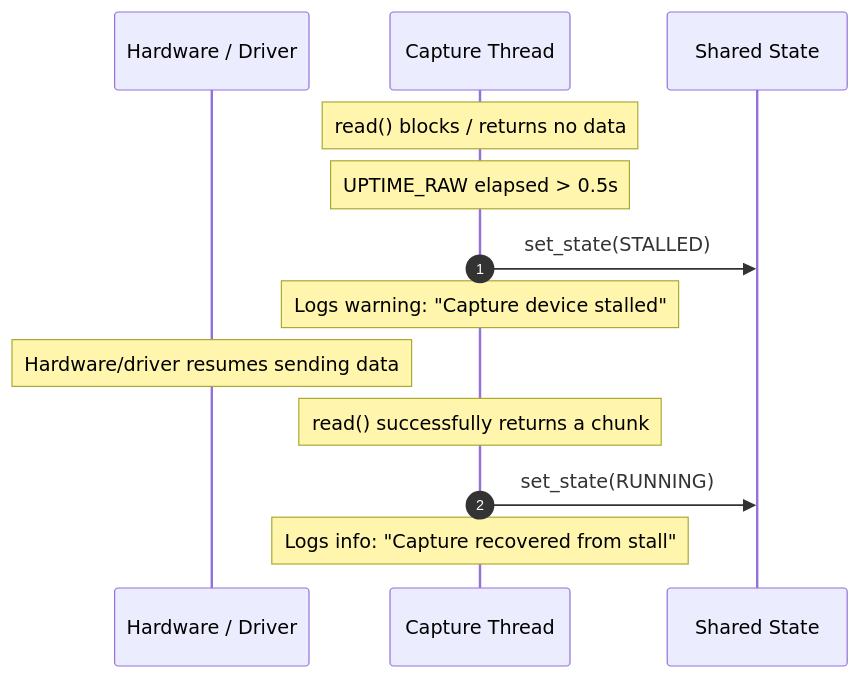
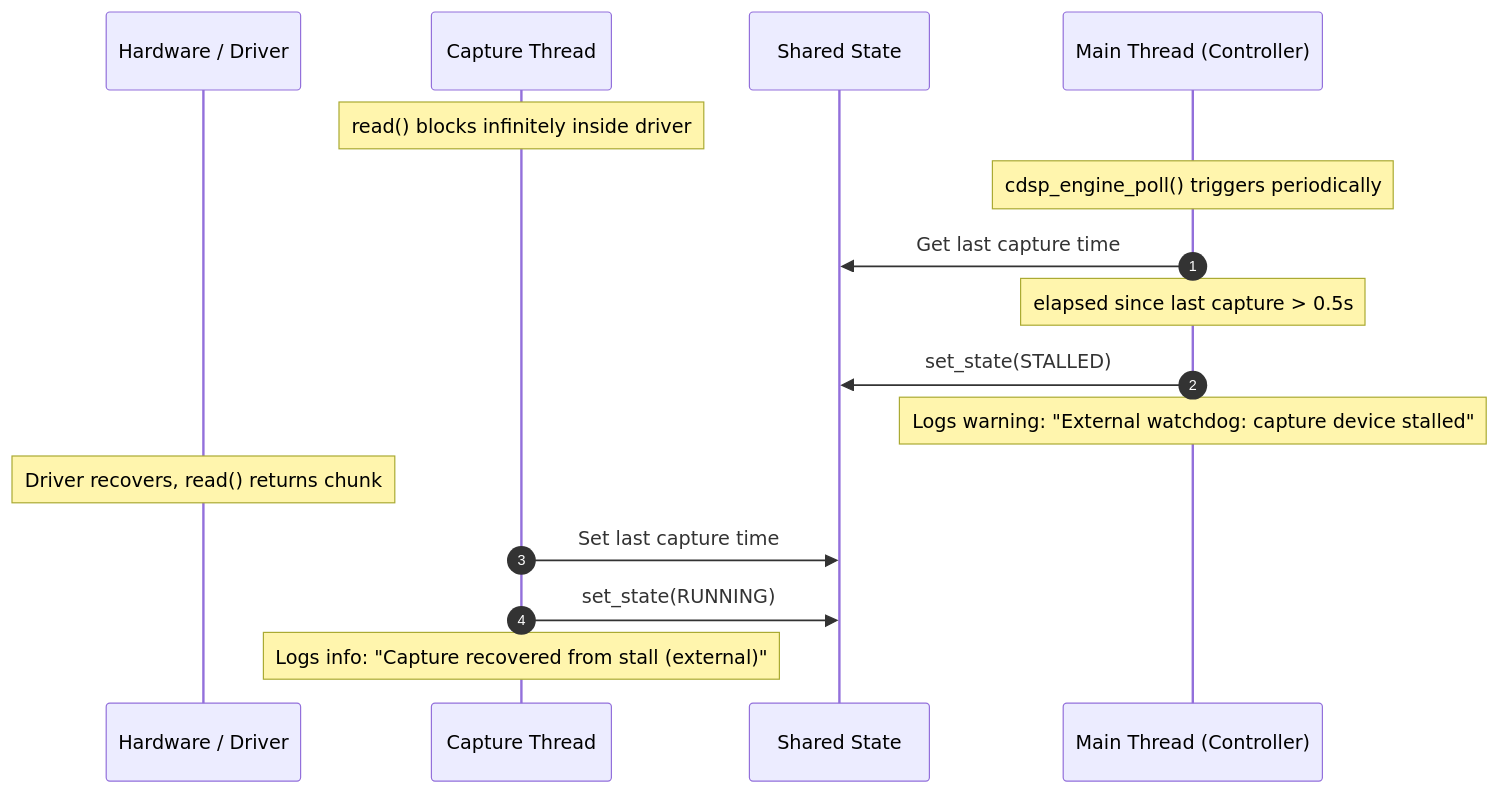
One commit to Wang-Yue/cdsp changed the fifth of 7 diagrams in engine_state_management.md. Above: the diagram before and after it, drawn with Mermaid. The commit also changed other lines of this file and 8 other files, not shown here.

Commit message:
fix: implement external watchdog for capture stalls and enhance state management

````diff
--- a/engine_state_management.md
+++ b/engine_state_management.md
@@ -224,17 +227,20 @@
 ```mermaid
 sequenceDiagram
     autonumber
     participant H as Hardware / Driver
     participant C as Capture Thread
     participant S as Shared State
+    participant M as Main Thread (Controller)
 
-    Note over C: read() blocks / returns no data
-    Note over C: UPTIME_RAW elapsed > 0.5s
-    C->>S: set_state(STALLED)
-    Note over C: Logs warning: "Capture device stalled"
+    Note over C: read() blocks infinitely inside driver
+    Note over M: cdsp_engine_poll() triggers periodically
+    M->>S: Get last capture time
+    Note over M: elapsed since last capture > 0.5s
+    M->>S: set_state(STALLED)
+    Note over M: Logs warning: "External watchdog: capture device stalled"
     
-    Note over H: Hardware/driver resumes sending data
-    Note over C: read() successfully returns a chunk
+    Note over H: Driver recovers, read() returns chunk
+    C->>S: Set last capture time
     C->>S: set_state(RUNNING)
-    Note over C: Logs info: "Capture recovered from stall"
+    Note over C: Logs info: "Capture recovered from stall (external)"
 ```
````
